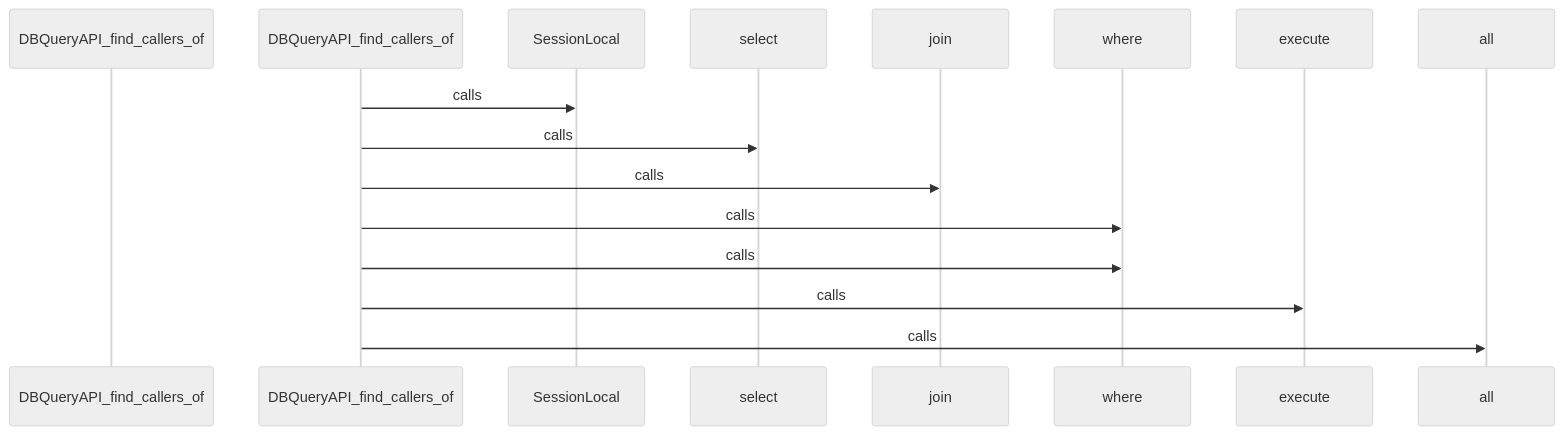
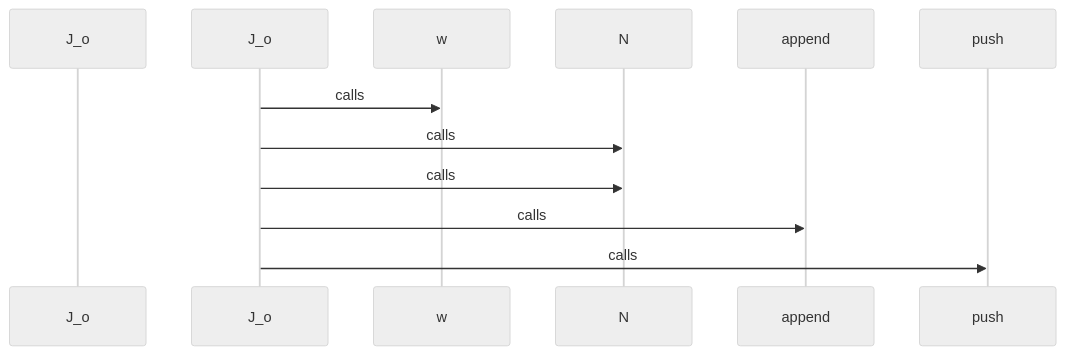
Before and after one commit to hazalkoom/DECODEx01: diagram 18 of 27 in docs/CALL_FLOW.md, drawn with Mermaid (neutral theme). The commit also changed other lines of this file and 8 other files, not shown here.

````diff
--- a/docs/CALL_FLOW.md
+++ b/docs/CALL_FLOW.md
@@ -599,33 +711,25 @@
 ```mermaid
 sequenceDiagram
-    participant Start as DBQueryAPI_find_callers_of
+    participant Start as J_o
 
 
-    DBQueryAPI_find_callers_of->>SessionLocal: calls
+    J_o->>w: calls
 
 
 
-    DBQueryAPI_find_callers_of->>select: calls
+    J_o->>N: calls
 
 
 
-    DBQueryAPI_find_callers_of->>join: calls
+    J_o->>N: calls
 
 
 
-    DBQueryAPI_find_callers_of->>where: calls
+    J_o->>append: calls
 
 
 
-    DBQueryAPI_find_callers_of->>where: calls
-
-
-
-    DBQueryAPI_find_callers_of->>execute: calls
-
-
-
-    DBQueryAPI_find_callers_of->>all: calls
+    J_o->>push: calls
 
 
 ```
````
